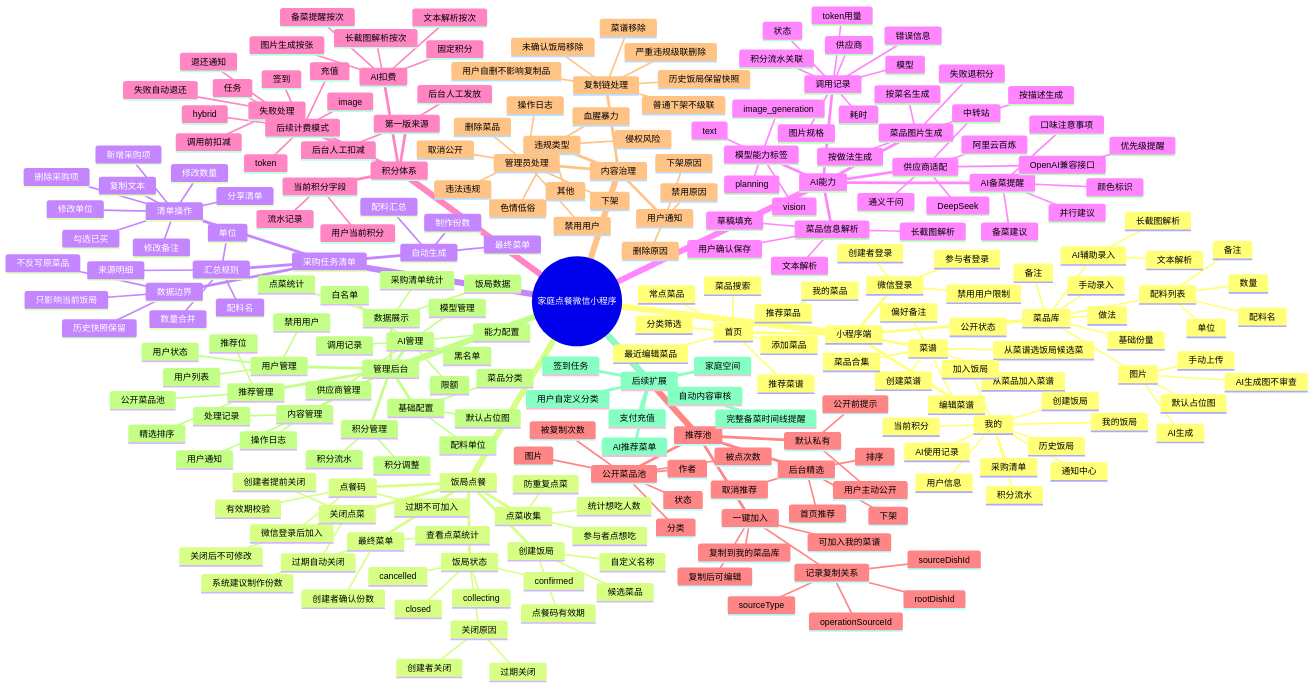
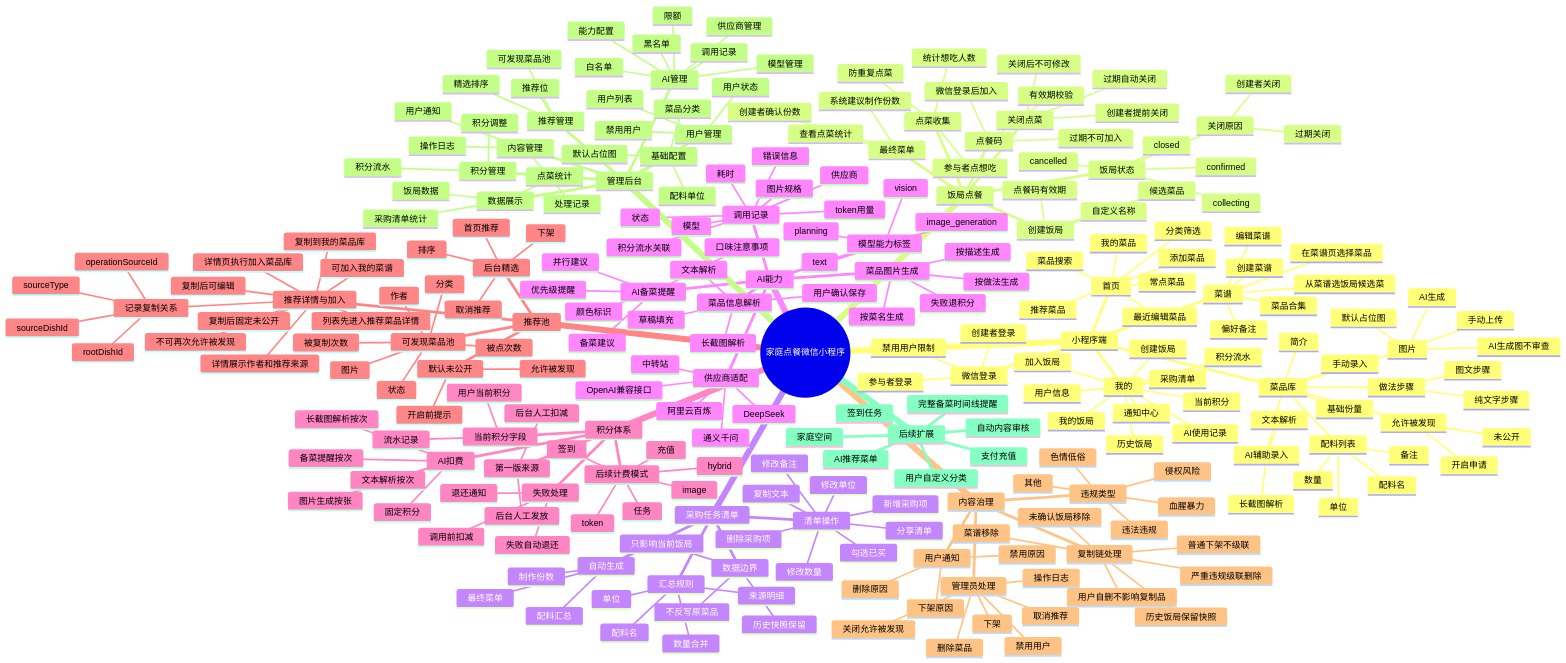
Before and after one commit to dyjh/gin-vue-admin: the diagram in aiDoc/prd/family-menu-miniapp-feature-mindmap.md, drawn with Mermaid. The commit also changed 689 other files, not shown here.

```diff
--- a/aiDoc/prd/family-menu-miniapp-feature-mindmap.md
+++ b/aiDoc/prd/family-menu-miniapp-feature-mindmap.md
@@ -18,7 +18,7 @@
         最近编辑菜品
         常点菜品
         推荐菜品
-        推荐菜谱
+
       菜品库
         手动录入
         AI辅助录入
@@ -35,15 +35,19 @@
           数量
           单位
           备注
-        做法
-        备注
-        公开状态
+        简介
+        做法步骤
+          纯文字步骤
+          图文步骤
+        允许被发现
+          未公开
+          开启申请
       菜谱
         创建菜谱
         编辑菜谱
         菜品合集
         偏好备注
-        从菜品加入菜谱
+        在菜谱页选择菜品
         从菜谱选饭局候选菜
       我的
         用户信息
@@ -170,10 +174,10 @@
         签到
         任务
     推荐池
-      默认私有
-        用户主动公开
-        公开前提示
-      公开菜品池
+      默认未公开
+        允许被发现
+        开启前提示
+      可发现菜品池
         被点次数
         被复制次数
         分类
@@ -185,10 +189,15 @@
         排序
         下架
         取消推荐
-      一键加入
+      推荐详情与加入
+        列表先进入推荐菜品详情
+        详情展示作者和推荐来源
+        详情页执行加入菜品库
         复制到我的菜品库
         可加入我的菜谱
         复制后可编辑
+        复制后固定未公开
+        不可再次允许被发现
         记录复制关系
           sourceType
           sourceDishId
@@ -202,7 +211,8 @@
         侵权风险
         其他
       管理员处理
-        取消公开
+        关闭允许被发现
+        取消推荐
         下架
         删除菜品
         禁用用户
@@ -239,7 +249,7 @@
         白名单
         黑名单
       推荐管理
-        公开菜品池
+        可发现菜品池
         推荐位
         精选排序
       内容管理
```
